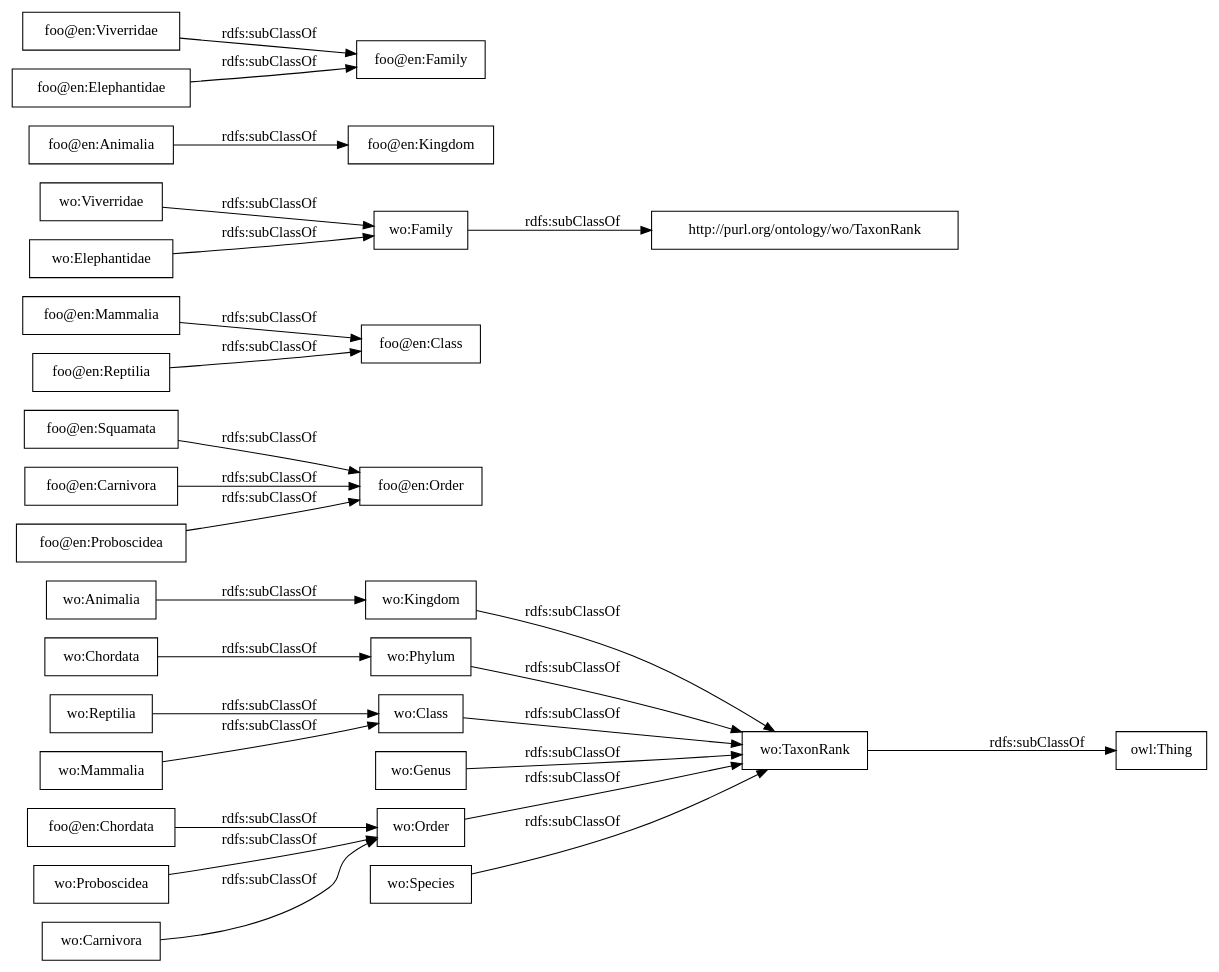
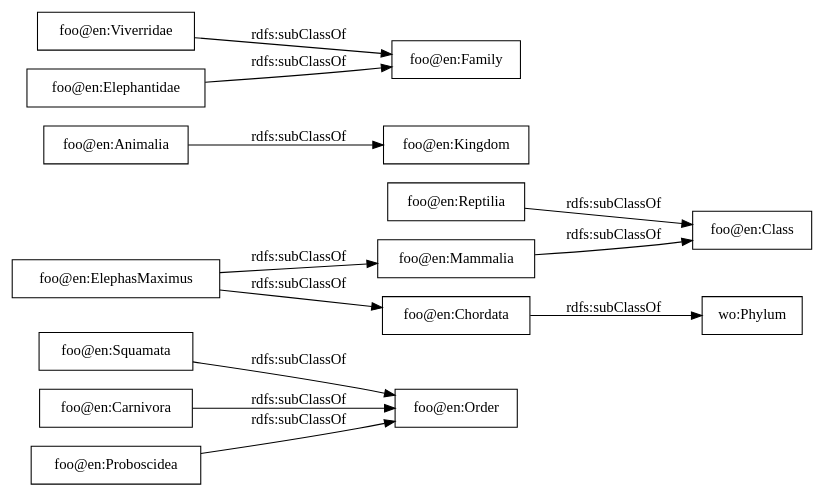
Before and after one commit to Naeima/foo_html: the diagram in OnToology/index.ttl/diagrams/ar2dtool-taxonomy/index.ttl.png.dot, drawn with Graphviz. The commit also changed 13 other files, not shown here.

```diff
--- a/OnToology/index.ttl/diagrams/ar2dtool-taxonomy/index.ttl.png.dot
+++ b/OnToology/index.ttl/diagrams/ar2dtool-taxonomy/index.ttl.png.dot
@@ -1,31 +1,17 @@
 digraph ar2dtool_diagram { 
 rankdir=LR;
 size="1000"
-node [shape = rectangle, color="black"]; "foo@en:Chordata" "wo:Animalia" "wo:Kingdom" "wo:Proboscidea" "wo:Phylum" "foo@en:Squamata" "foo@en:Mammalia" "wo:Viverridae" "wo:Order" "wo:Mammalia" "wo:Genus" "wo:TaxonRank" "wo:Carnivora" "foo@en:Animalia" "wo:Family" "wo:Class" "foo@en:Order" "wo:Elephantidae" "foo@en:Carnivora" "wo:Chordata" "foo@en:Kingdom" "foo@en:Viverridae" "foo@en:Elephantidae" "foo@en:Reptilia" "wo:Reptilia" "foo@en:Family" "foo@en:Class" "wo:Species" "foo@en:Proboscidea" ; /*classes style*/
-	"wo:TaxonRank" -> "owl:Thing" [ label = "rdfs:subClassOf" ];
-	"wo:Reptilia" -> "wo:Class" [ label = "rdfs:subClassOf" ];
-	"wo:Kingdom" -> "wo:TaxonRank" [ label = "rdfs:subClassOf" ];
-	"wo:Species" -> "wo:TaxonRank" [ label = "rdfs:subClassOf" ];
-	"wo:Phylum" -> "wo:TaxonRank" [ label = "rdfs:subClassOf" ];
-	"foo@en:Chordata" -> "wo:Order" [ label = "rdfs:subClassOf" ];
-	"wo:Animalia" -> "wo:Kingdom" [ label = "rdfs:subClassOf" ];
-	"wo:Mammalia" -> "wo:Class" [ label = "rdfs:subClassOf" ];
+node [shape = rectangle, color="black"]; "foo@en:Squamata" "wo:Phylum" "foo@en:Mammalia" "foo@en:Animalia" "foo@en:ElephasMaximus" "foo@en:Carnivora" "foo@en:Viverridae" "foo@en:Elephantidae" "foo@en:Reptilia" "foo@en:Chordata" "foo@en:Proboscidea" ; /*classes style*/
+	"foo@en:Reptilia" -> "foo@en:Class" [ label = "rdfs:subClassOf" ];
+	"foo@en:Chordata" -> "wo:Phylum" [ label = "rdfs:subClassOf" ];
 	"foo@en:Squamata" -> "foo@en:Order" [ label = "rdfs:subClassOf" ];
-	"wo:Elephantidae" -> "wo:Family" [ label = "rdfs:subClassOf" ];
-	"wo:Order" -> "wo:TaxonRank" [ label = "rdfs:subClassOf" ];
+	"foo@en:Proboscidea" -> "foo@en:Order" [ label = "rdfs:subClassOf" ];
 	"foo@en:Elephantidae" -> "foo@en:Family" [ label = "rdfs:subClassOf" ];
-	"wo:Family" -> "http://purl.org/ontology/wo/TaxonRank" [ label = "rdfs:subClassOf" ];
-	"foo@en:Proboscidea" -> "foo@en:Order" [ label = "rdfs:subClassOf" ];
-	"wo:Class" -> "wo:TaxonRank" [ label = "rdfs:subClassOf" ];
-	"foo@en:Reptilia" -> "foo@en:Class" [ label = "rdfs:subClassOf" ];
-	"wo:Genus" -> "wo:TaxonRank" [ label = "rdfs:subClassOf" ];
 	"foo@en:Viverridae" -> "foo@en:Family" [ label = "rdfs:subClassOf" ];
-	"wo:Proboscidea" -> "wo:Order" [ label = "rdfs:subClassOf" ];
+	"foo@en:ElephasMaximus" -> "foo@en:Mammalia" [ label = "rdfs:subClassOf" ];
+	"foo@en:ElephasMaximus" -> "foo@en:Chordata" [ label = "rdfs:subClassOf" ];
+	"foo@en:Carnivora" -> "foo@en:Order" [ label = "rdfs:subClassOf" ];
 	"foo@en:Animalia" -> "foo@en:Kingdom" [ label = "rdfs:subClassOf" ];
-	"wo:Carnivora" -> "wo:Order" [ label = "rdfs:subClassOf" ];
-	"foo@en:Carnivora" -> "foo@en:Order" [ label = "rdfs:subClassOf" ];
 	"foo@en:Mammalia" -> "foo@en:Class" [ label = "rdfs:subClassOf" ];
-	"wo:Chordata" -> "wo:Phylum" [ label = "rdfs:subClassOf" ];
-	"wo:Viverridae" -> "wo:Family" [ label = "rdfs:subClassOf" ];
 
 }
```
